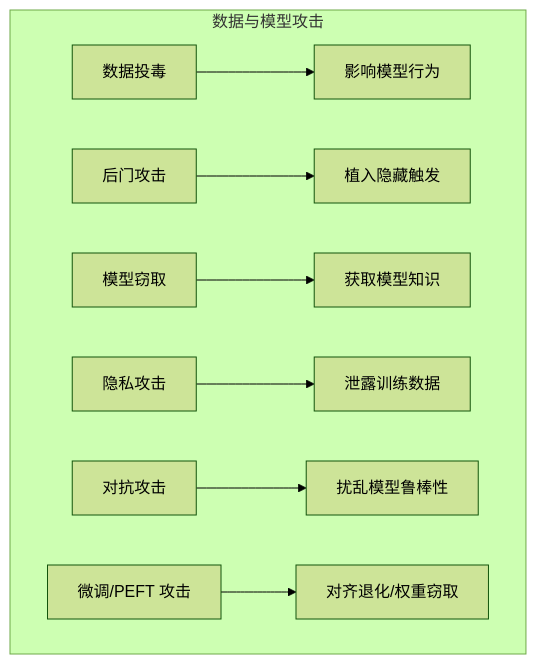
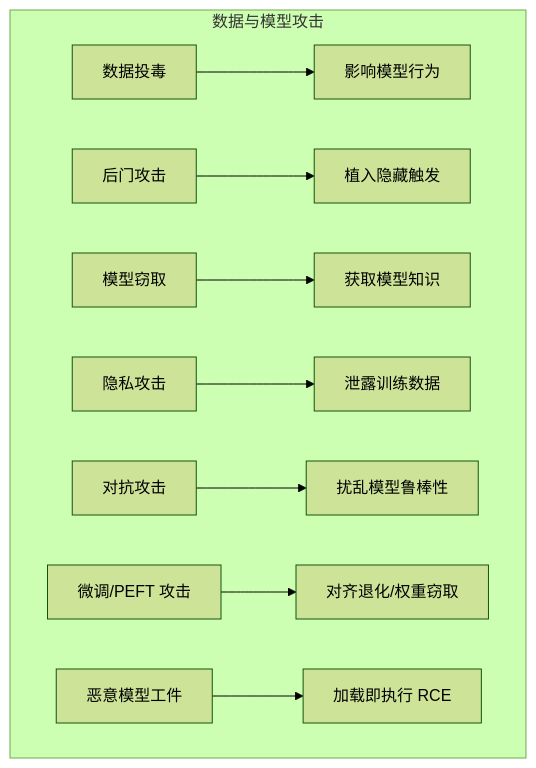
The diagram in 06_data_model_attacks/summary.md (yeasy/ai_security_guide), drawn with Mermaid (forest theme) before and after one commit. The commit also changed other lines of this file and 7 other files, not shown here.

````diff
--- a/06_data_model_attacks/summary.md
+++ b/06_data_model_attacks/summary.md
@@ -21,11 +23,12 @@
 ```mermaid
 graph TB
     subgraph "数据与模型攻击"
     A["数据投毒"] --> E["影响模型行为"]
     B["后门攻击"] --> F["植入隐藏触发"]
     C["模型窃取"] --> G["获取模型知识"]
     D["隐私攻击"] --> H["泄露训练数据"]
     I["对抗攻击"] --> J["扰乱模型鲁棒性"]
     K["微调/PEFT 攻击"] --> L["对齐退化/权重窃取"]
+    M["恶意模型工件"] --> N["加载即执行 RCE"]
     end
 ```
````
